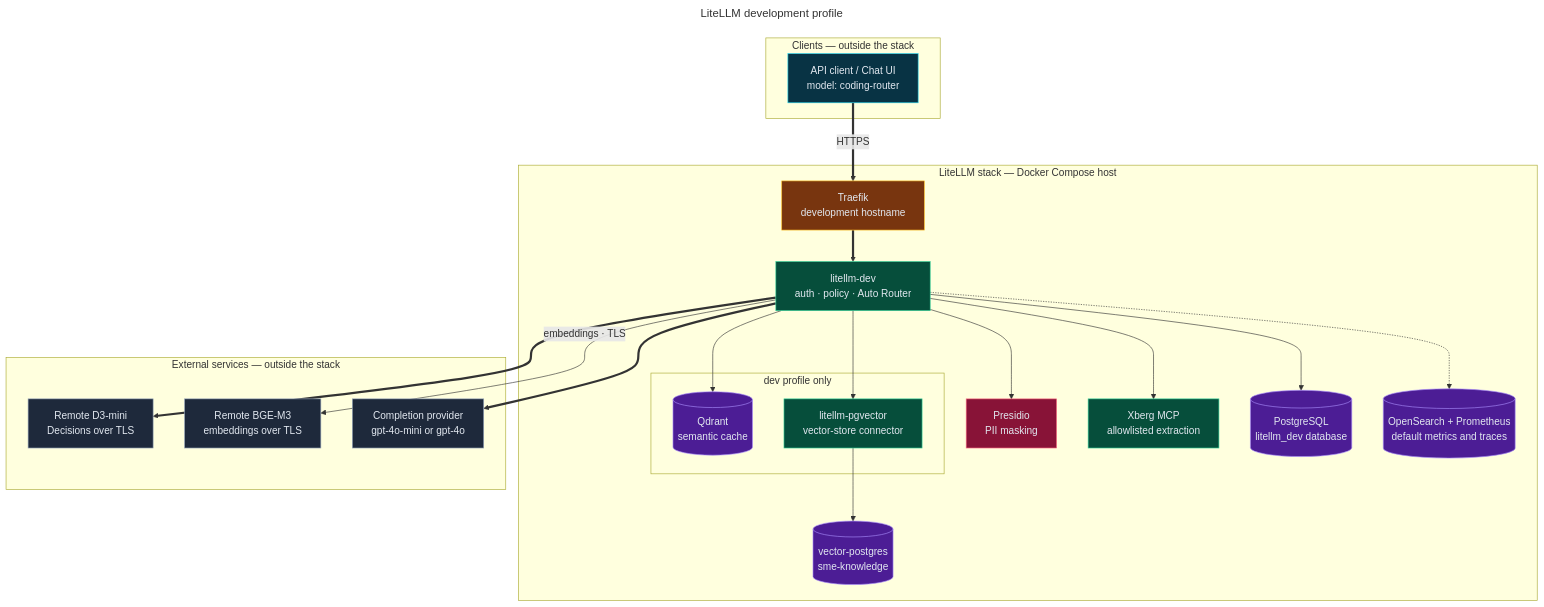
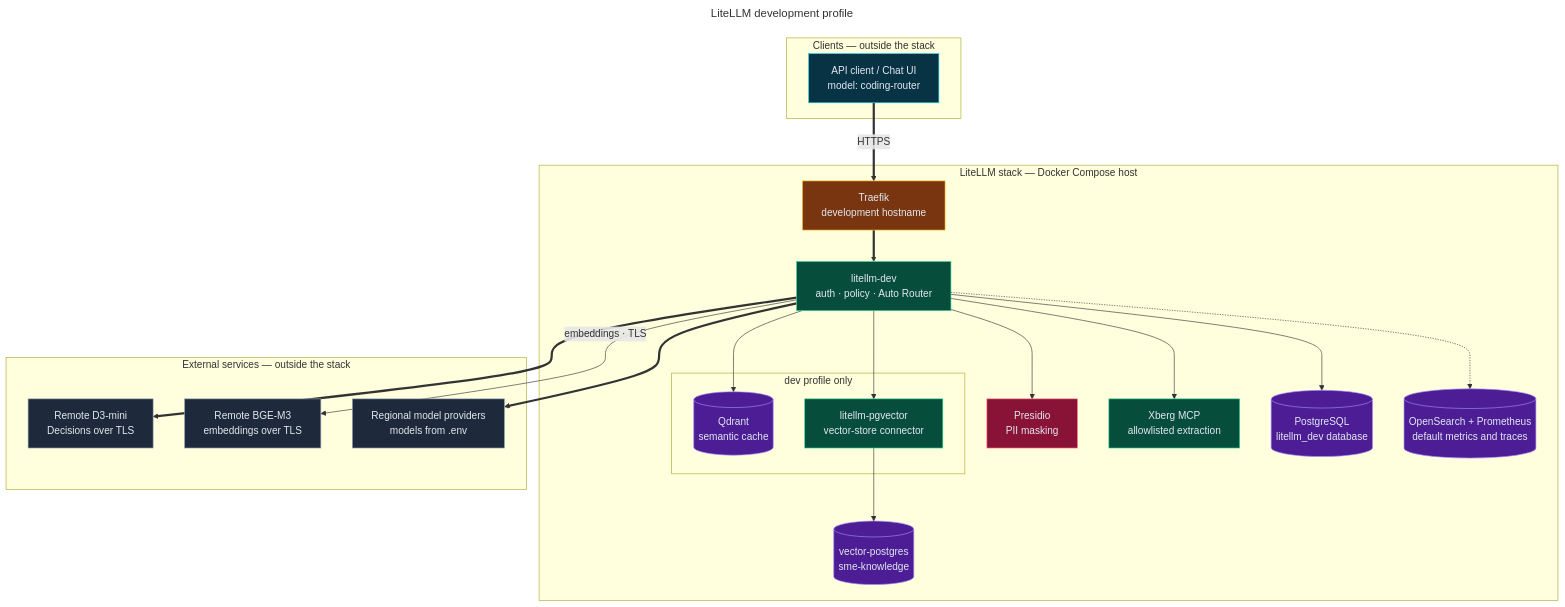
One commit to bella-1337/effective-spoon changed the diagram in diagrams/22-dev-profile.mmd. Above: the diagram before and after it, drawn with Mermaid. The commit also changed 27 other files, not shown here.

```diff
--- a/diagrams/22-dev-profile.mmd
+++ b/diagrams/22-dev-profile.mmd
@@ -1,56 +1,56 @@
 ---
 title: LiteLLM development profile
 ---
 flowchart TD
   %% Source for 22-dev-profile.html. Edit this file, then run ./scripts/render-diagrams.py.
   %% Directives: docs in diagrams/README.md (Updating diagrams).
   %% @mode architecture
   %% @subtitle litellm-dev owns client policy; the remote GPU host serves D3-mini coding-tier decisions and BGE-M3 embeddings over TLS
-  %% @card cyan | Request path | Clients and the beta Chat UI use the development hostname | litellm-dev authenticates, applies policy, and runs the Auto Router | D3-mini returns a tier; the completion goes to gpt-4o-mini or gpt-4o
+  %% @card cyan | Request path | Clients and the beta Chat UI use the development hostname | litellm-dev authenticates, applies policy, and runs the Auto Router | D3-mini returns a tier; the completion goes to that tier's model from .env, inside DATA_SOVEREIGNTY_REGION
   %% @card violet | Dev-only services | Remote BGE-M3 embeds for the semantic cache, tool filter, and pgvector | Qdrant holds the opt-in semantic cache on tmpfs | litellm-pgvector serves the sme-knowledge store
   %% @card rose | Boundaries | Embeddings never pass through D3-mini; both GPU-host links use TLS from its mkcert CA | Xberg egress is limited by the Squid allowlist | Do not expose the dev profile or its debug logs to untrusted users
   %% @journey #22d3ee: API TR LD D3
-  %% @journey #34d399: LD OAI
+  %% @journey #34d399: LD EUP
   %% @journey #a78bfa: LD CON VP
 
   subgraph CL["Clients — outside the stack"]
     API["API client / Chat UI<br/>model: coding-router"]:::frontend
   end
   subgraph ST["LiteLLM stack — Docker Compose host"]
     TR["Traefik<br/>development hostname"]:::cloud
     LD["litellm-dev<br/>auth · policy · Auto Router"]:::backend
     subgraph DEV["dev profile only"]
       QD[("Qdrant<br/>semantic cache")]:::database
       CON["litellm-pgvector<br/>vector-store connector"]:::backend
     end
     PR["Presidio<br/>PII masking"]:::security
     XB["Xberg MCP<br/>allowlisted extraction"]:::backend
     PG[("PostgreSQL<br/>litellm_dev database")]:::database
     VP[("vector-postgres<br/>sme-knowledge")]:::database
     OBS[("OpenSearch + Prometheus<br/>default metrics and traces")]:::database
   end
   subgraph EX["External services — outside the stack"]
     D3["Remote D3-mini<br/>Decisions over TLS"]:::external
     BGE["Remote BGE-M3<br/>embeddings over TLS"]:::external
-    OAI["Completion provider<br/>gpt-4o-mini or gpt-4o"]:::external
+    EUP["Regional model providers<br/>models from .env"]:::external
   end
 
   API ==>|"HTTPS"| TR
   TR ==> LD
   LD -->|"embeddings · TLS"| BGE
   LD --> QD
   LD --> CON
   CON --> VP
   LD --> PR
   LD --> XB
   LD --> PG
   LD -.-> OBS
   LD ==> D3
-  LD ==> OAI
+  LD ==> EUP
 
   classDef backend fill:#064e3b,stroke:#34d399,color:#e2e8f0
   classDef cloud fill:#78350f,stroke:#fbbf24,color:#e2e8f0
   classDef database fill:#4c1d95,stroke:#a78bfa,color:#e2e8f0
   classDef external fill:#1e293b,stroke:#94a3b8,color:#e2e8f0
   classDef frontend fill:#083344,stroke:#22d3ee,color:#e2e8f0
   classDef security fill:#881337,stroke:#fb7185,color:#e2e8f0
```
